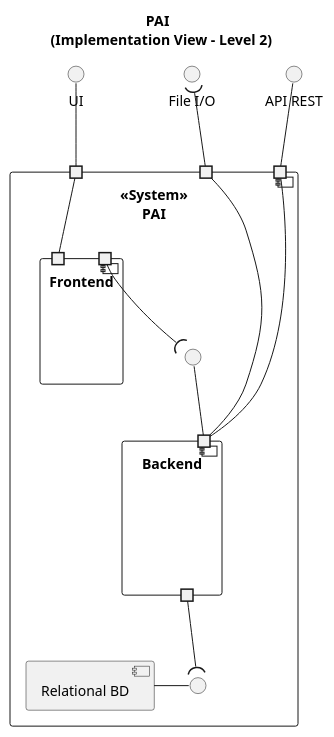
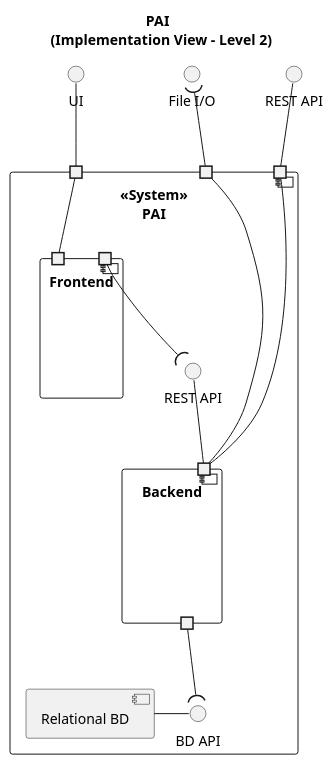
One commit to GasparISEP/DevOps-PAI changed the diagram in docs/Sprint_6/ImplementationView/Level2.puml. Above: the diagram before and after it, drawn with PlantUML. The commit also changed 1 other file, not shown here.

Commit message:
doc(diagrams): update Level 2 Logic View and update Level 2 Implementation View diagrams (#675, #678)

```diff
--- a/docs/Sprint_6/ImplementationView/Level2.puml
+++ b/docs/Sprint_6/ImplementationView/Level2.puml
@@ -1,41 +1,41 @@
 @startuml
 
 title "PAI \n (Implementation View - Level 2)"
 
 interface UI
-interface "API REST"
+interface "REST API"
 interface "File I/O" as FileIO
 
 component "<<System>>\nPAI" {
   portin " " as p1
   portin " " as p2
   portin " " as p3
   component Backend
   component Frontend
   component "Relational BD" as BD
-  interface " " as I1
-  interface " " as I2
+  interface "BD API" as I1
+  interface "REST API" as I2
 }
 
 component Frontend {
 portin " " as p4
 portin " " as p5
 }
 
 component Backend {
 portin " " as p6
 portout " " as p7
 }
 
 I1 -left- BD
 I2 -down- p6
 
 p1 -up- UI
-p2 -up- "API REST"
+p2 -up- "REST API"
 p3 -up-( FileIO
 p6 -up- p3
 p2 -down-p6
 p1 -down-p4
 p7 -down-(I1
 p5 -down-(I2
 @enduml
```
